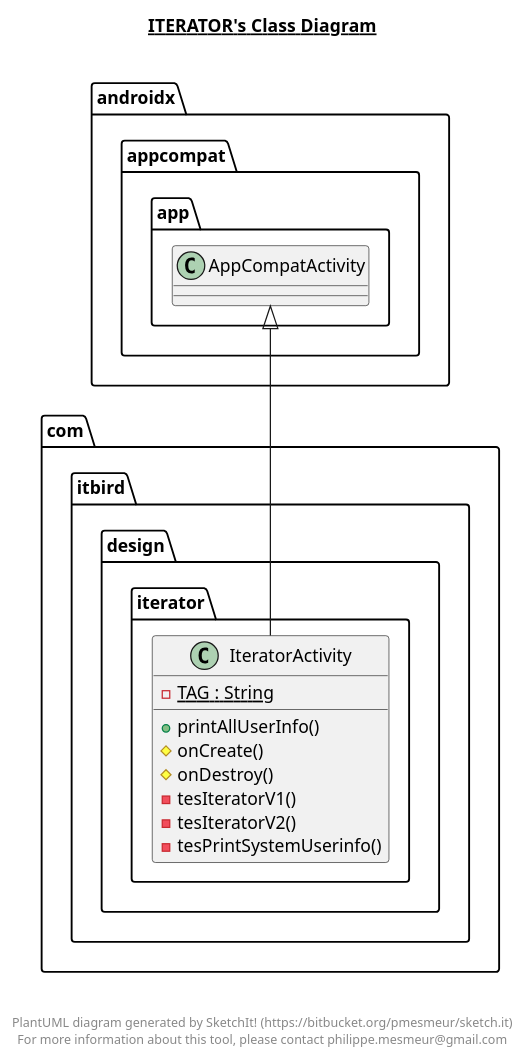
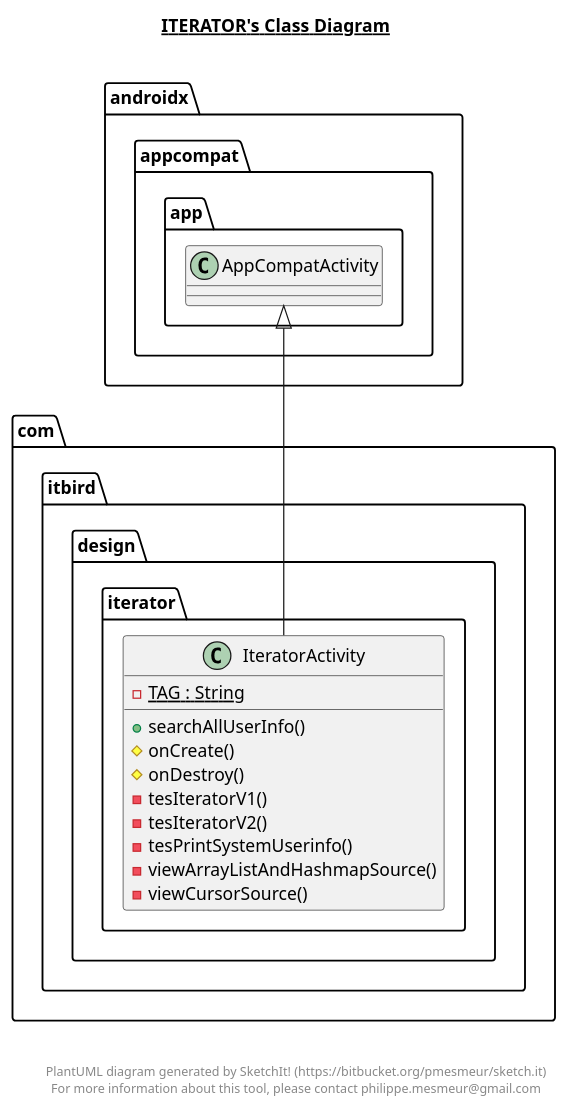
One commit to xfkang/DesignPatternPractice changed the diagram in app/src/main/java/com/itbird/design/iterator/iterator.plantuml. Above: the diagram before and after it, drawn with PlantUML. The commit also changed 23 other files, not shown here.

```diff
--- a/app/src/main/java/com/itbird/design/iterator/iterator.plantuml
+++ b/app/src/main/java/com/itbird/design/iterator/iterator.plantuml
@@ -1,30 +1,32 @@
 @startuml
 
 title __ITERATOR's Class Diagram__\n
 
   namespace com.itbird.design {
     namespace iterator {
       class com.itbird.design.iterator.IteratorActivity {
           {static} - TAG : String
-          + printAllUserInfo()
+          + searchAllUserInfo()
           # onCreate()
           # onDestroy()
           - tesIteratorV1()
           - tesIteratorV2()
           - tesPrintSystemUserinfo()
+          - viewArrayListAndHashmapSource()
+          - viewCursorSource()
       }
     }
   }
   
 
   com.itbird.design.iterator.IteratorActivity -up-|> androidx.appcompat.app.AppCompatActivity
 
 
 right footer
 
 
 PlantUML diagram generated by SketchIt! (https://bitbucket.org/pmesmeur/sketch.it)
 For more information about this tool, please contact philippe.mesmeur@gmail.com
 endfooter
 
 @enduml
```
